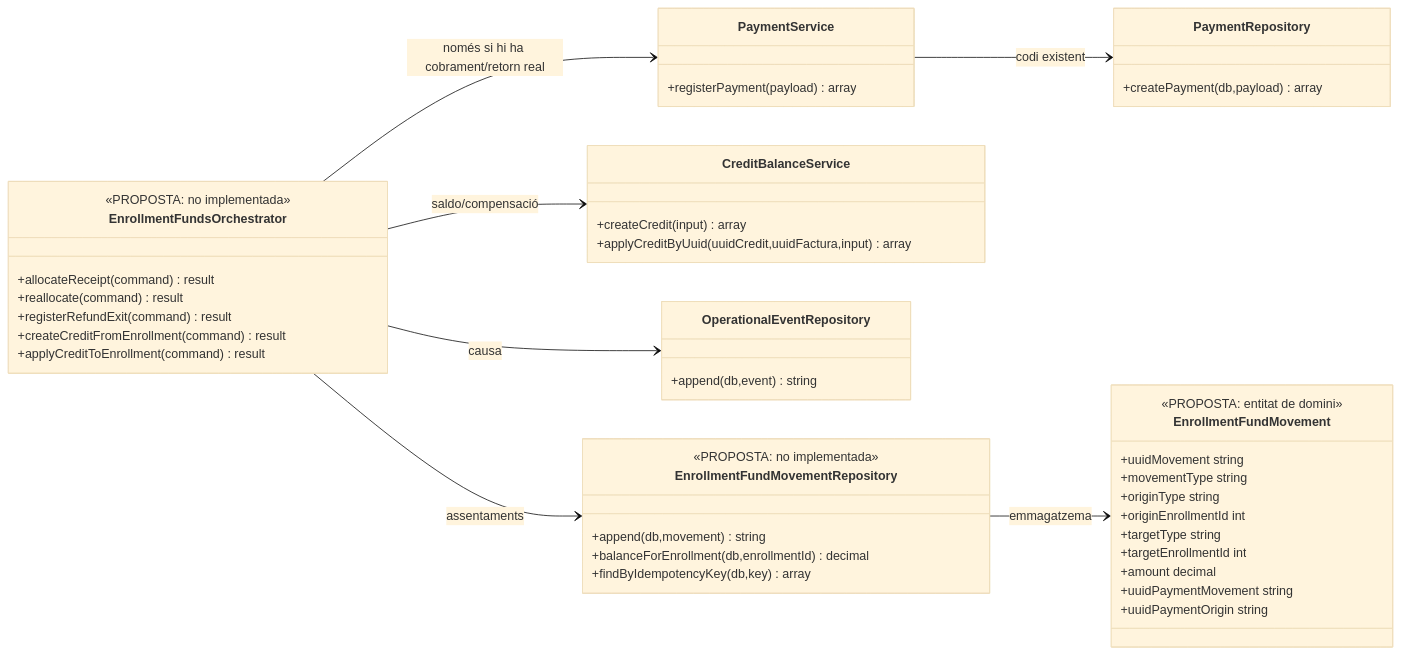
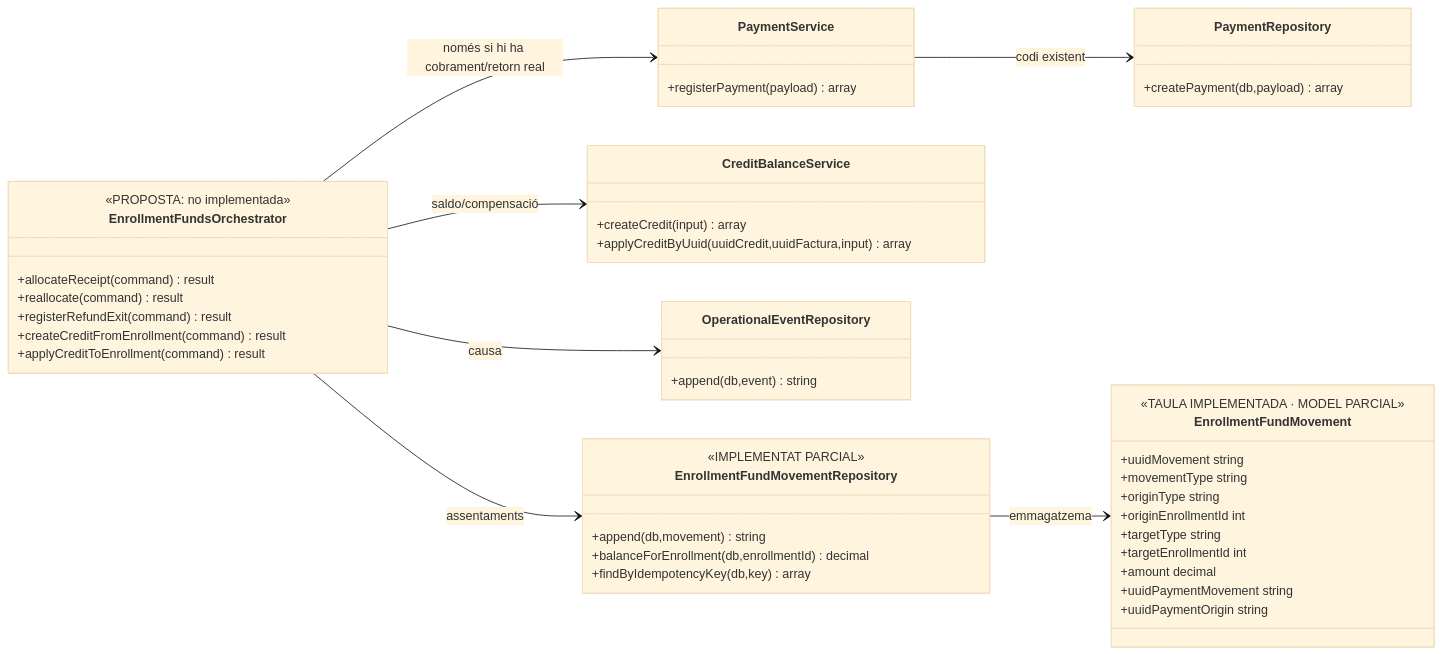
The first of 2 diagrams in documentacio/07-uml-integrat/00-revisio-moviments-inscripcions.md (orgmeriemprismacat-del/verifactu), drawn with Mermaid (base theme) before and after one commit. The commit also changed other lines of this file, not shown here.

````diff
--- a/documentacio/07-uml-integrat/00-revisio-moviments-inscripcions.md
+++ b/documentacio/07-uml-integrat/00-revisio-moviments-inscripcions.md
@@ -73,49 +75,49 @@
 ```mermaid
 classDiagram
 direction LR
 class PaymentService {
  +registerPayment(payload) array
 }
 class PaymentRepository {
  +createPayment(db,payload) array
 }
 class CreditBalanceService {
  +createCredit(input) array
  +applyCreditByUuid(uuidCredit,uuidFactura,input) array
 }
 class OperationalEventRepository {
  +append(db,event) string
 }
 class EnrollmentFundMovement {
- <<PROPOSTA: entitat de domini>>
+ <<TAULA IMPLEMENTADA · MODEL PARCIAL>>
  +uuidMovement string
  +movementType string
  +originType string
  +originEnrollmentId int
  +targetType string
  +targetEnrollmentId int
  +amount decimal
  +uuidPaymentMovement string
  +uuidPaymentOrigin string
 }
 class EnrollmentFundMovementRepository {
- <<PROPOSTA: no implementada>>
+ <<IMPLEMENTAT PARCIAL>>
  +append(db,movement) string
  +balanceForEnrollment(db,enrollmentId) decimal
  +findByIdempotencyKey(db,key) array
 }
 class EnrollmentFundsOrchestrator {
  <<PROPOSTA: no implementada>>
  +allocateReceipt(command) result
  +reallocate(command) result
  +registerRefundExit(command) result
  +createCreditFromEnrollment(command) result
  +applyCreditToEnrollment(command) result
 }
 EnrollmentFundsOrchestrator --> PaymentService : només si hi ha cobrament/retorn real
 EnrollmentFundsOrchestrator --> CreditBalanceService : saldo/compensació
 EnrollmentFundsOrchestrator --> OperationalEventRepository : causa
 EnrollmentFundsOrchestrator --> EnrollmentFundMovementRepository : assentaments
 EnrollmentFundMovementRepository --> EnrollmentFundMovement : emmagatzema
 PaymentService --> PaymentRepository : codi existent
 ```
````
